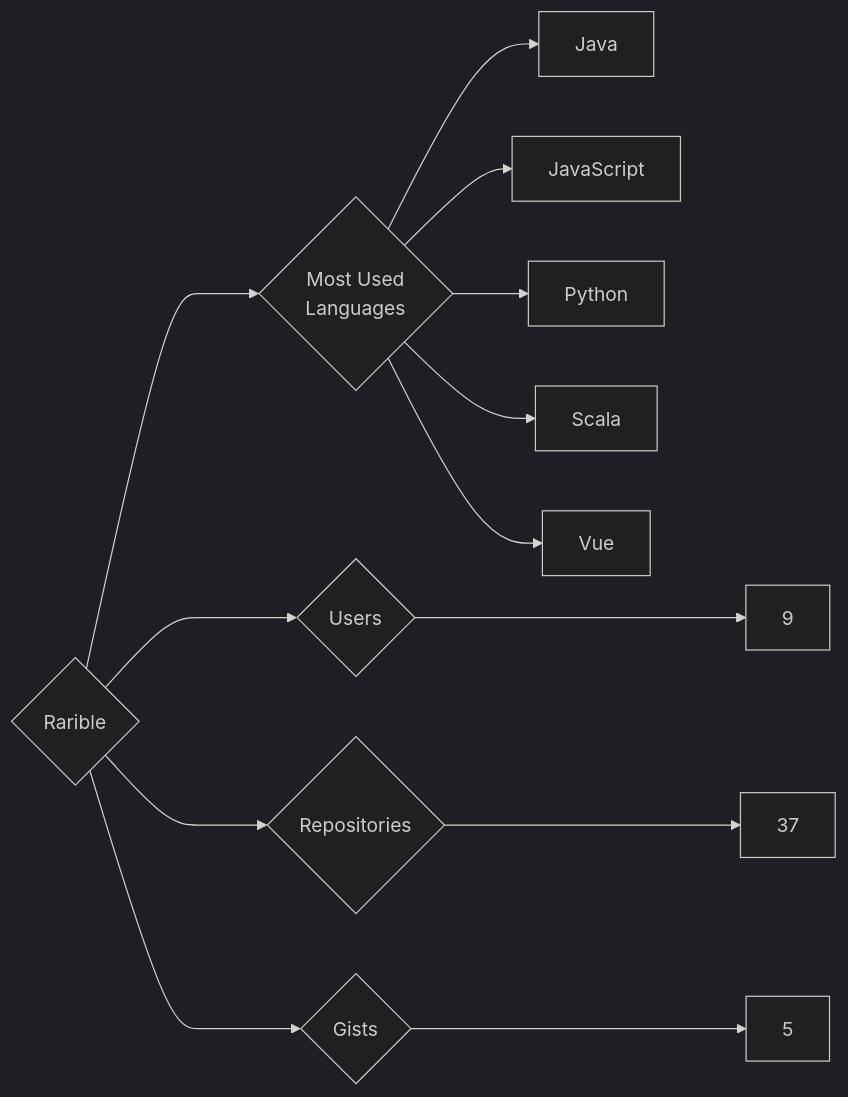
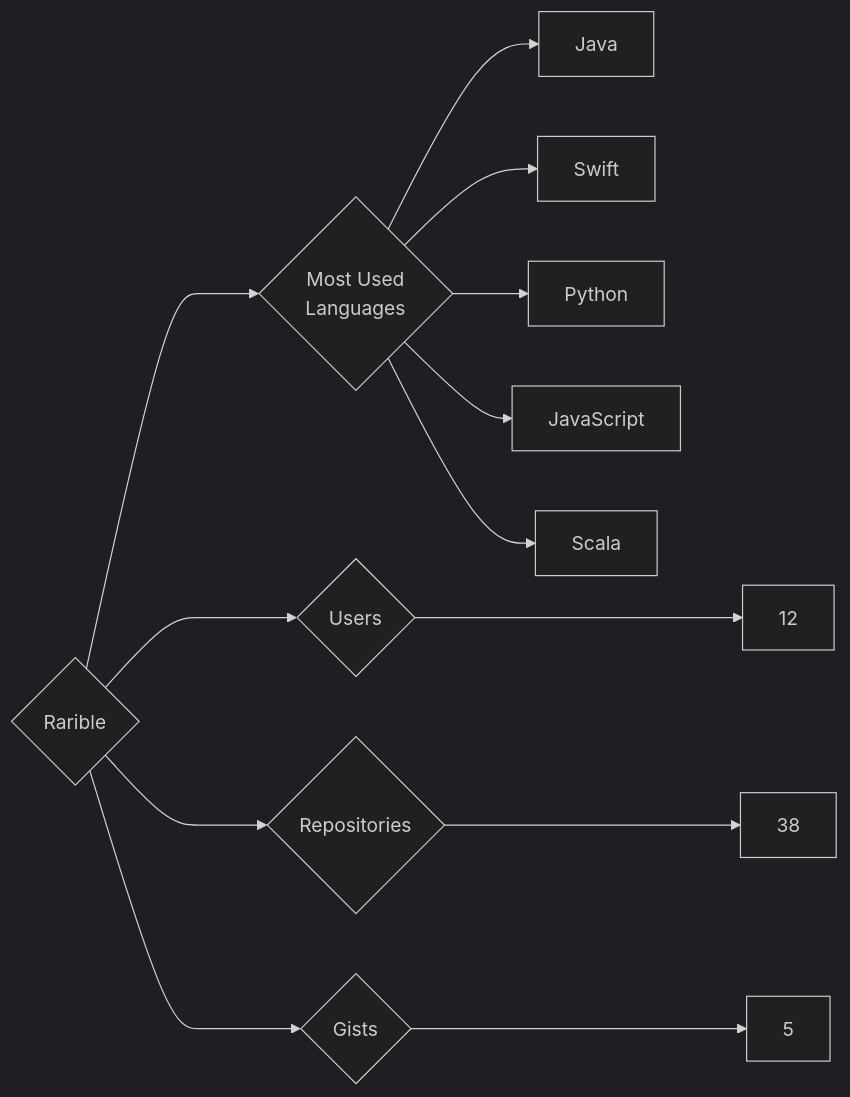
Before and after one commit to trickest/insiders: the diagram in targets/Rarible/README.md, drawn with Mermaid (dark theme). The commit also changed 1508 other files, not shown here.

````diff
--- a/targets/Rarible/README.md
+++ b/targets/Rarible/README.md
@@ -3,13 +3,13 @@
 ```mermaid
 graph LR
 COMPANY_NAME{Rarible}
-COMPANY_NAME ---> U{Users} ---> UN[9]
-COMPANY_NAME ---> R{Repositories} ---> RN[37]
+COMPANY_NAME ---> U{Users} ---> UN[12]
+COMPANY_NAME ---> R{Repositories} ---> RN[38]
 COMPANY_NAME ---> G{Gists} ---> GN[5]
 COMPANY_NAME ---> ML{Most Used<br>Languages}
 ML --> Java[Java]
+ML --> Swift[Swift]
+ML --> Python[Python]
 ML --> JavaScript[JavaScript]
-ML --> Python[Python]
 ML --> Scala[Scala]
-ML --> Vue[Vue]
 ```
````
